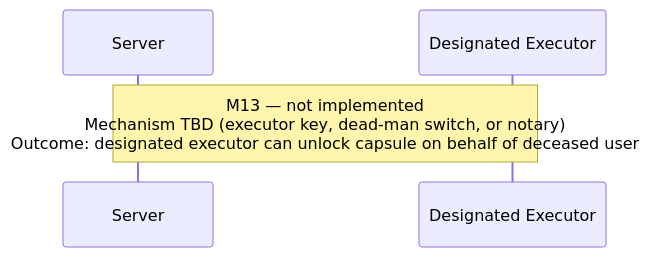
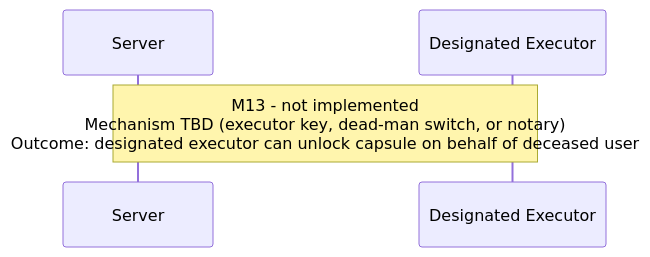
Before and after one commit to bacalv/Heirlooms: the ninth of 9 diagrams in docs/specs/capsules.md, drawn with Mermaid. The commit also changed other lines of this file and 9 other files, not shown here.

First line of the commit message:
docs: fix Mermaid v11 syntax across all spec and testing diagrams

````diff
--- a/docs/specs/capsules.md
+++ b/docs/specs/capsules.md
@@ -188,7 +188,7 @@
 ```mermaid
 sequenceDiagram
     participant S as Server
     participant Executor as Designated Executor
 
-    Note over S,Executor: M13 — not implemented<br/>Mechanism TBD (executor key, dead-man switch, or notary)<br/>Outcome: designated executor can unlock capsule on behalf of deceased user
+    Note over S,Executor: M13 - not implemented<br/>Mechanism TBD (executor key, dead-man switch, or notary)<br/>Outcome: designated executor can unlock capsule on behalf of deceased user
 ```
````
